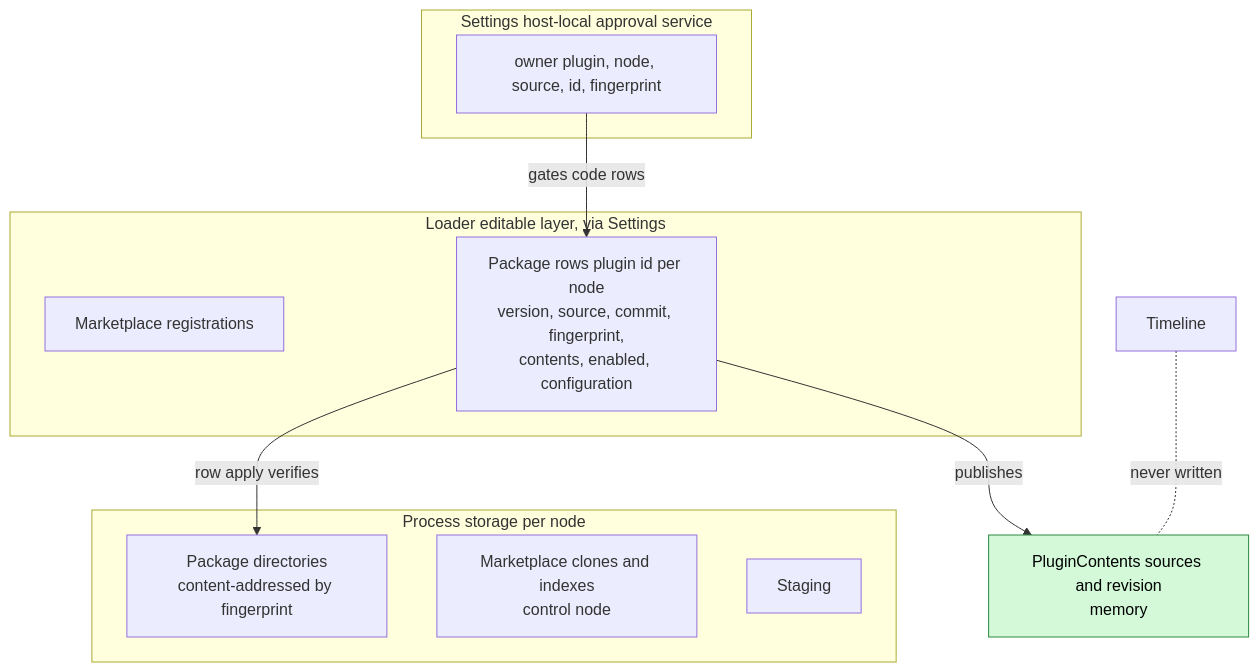
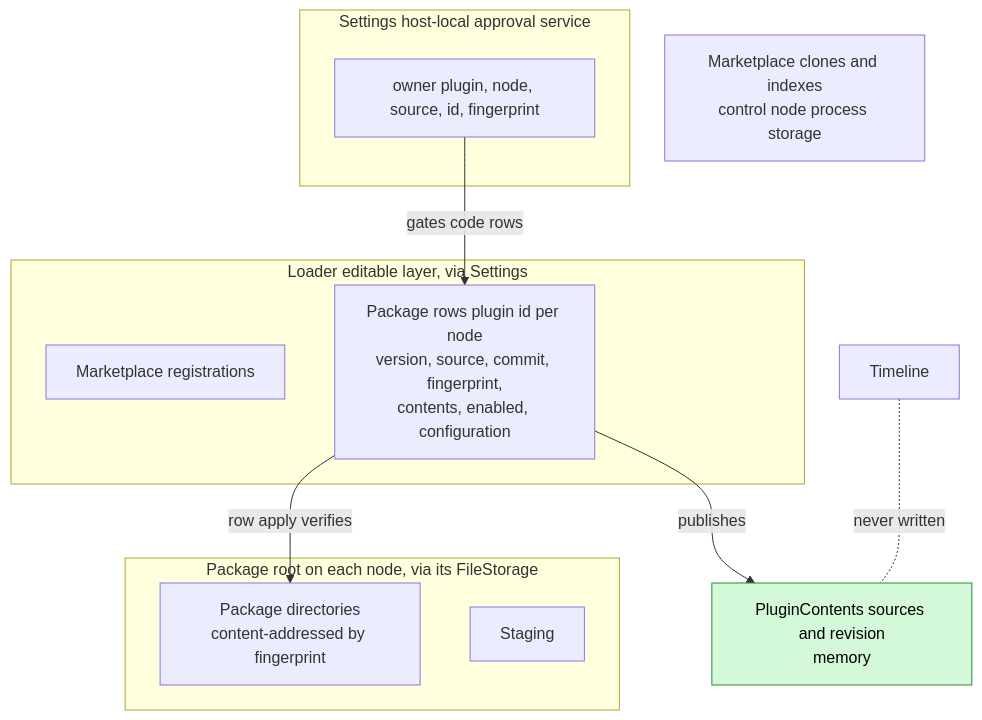
The second of 6 diagrams in docs/design/plugins/PluginManager.md (CoutinhoTTS/dim-agent), drawn with Mermaid before and after one commit. The commit also changed other lines of this file and 3 other files, not shown here.

````diff
--- a/docs/design/plugins/PluginManager.md
+++ b/docs/design/plugins/PluginManager.md
@@ -60,22 +52,22 @@
 ```mermaid
 flowchart TB
   subgraph LEL["Loader editable layer, via Settings"]
     MK["Marketplace registrations"]
     PR["Package rows plugin id per node<br/>version, source, commit, fingerprint,<br/>contents, enabled, configuration"]
   end
   subgraph HLA["Settings host-local approval service"]
     AP["owner plugin, node, source, id, fingerprint"]
   end
-  subgraph PS["Process storage per node"]
+  subgraph PS["Package root on each node, via its FileStorage"]
     PKG["Package directories<br/>content-addressed by fingerprint"]
-    CACHE["Marketplace clones and indexes<br/>control node"]
     STG["Staging"]
   end
+  CACHE["Marketplace clones and indexes<br/>control node process storage"]
   MEM["PluginContents sources and revision<br/>memory"]:::new
   TL["Timeline"]
   PR -->|"row apply verifies"| PKG
   PR -->|"publishes"| MEM
   AP -->|"gates code rows"| PR
   TL -.-|"never written"| MEM
   classDef new fill:#d3f9d8,stroke:#2b8a3e,color:#000
 ```
````
